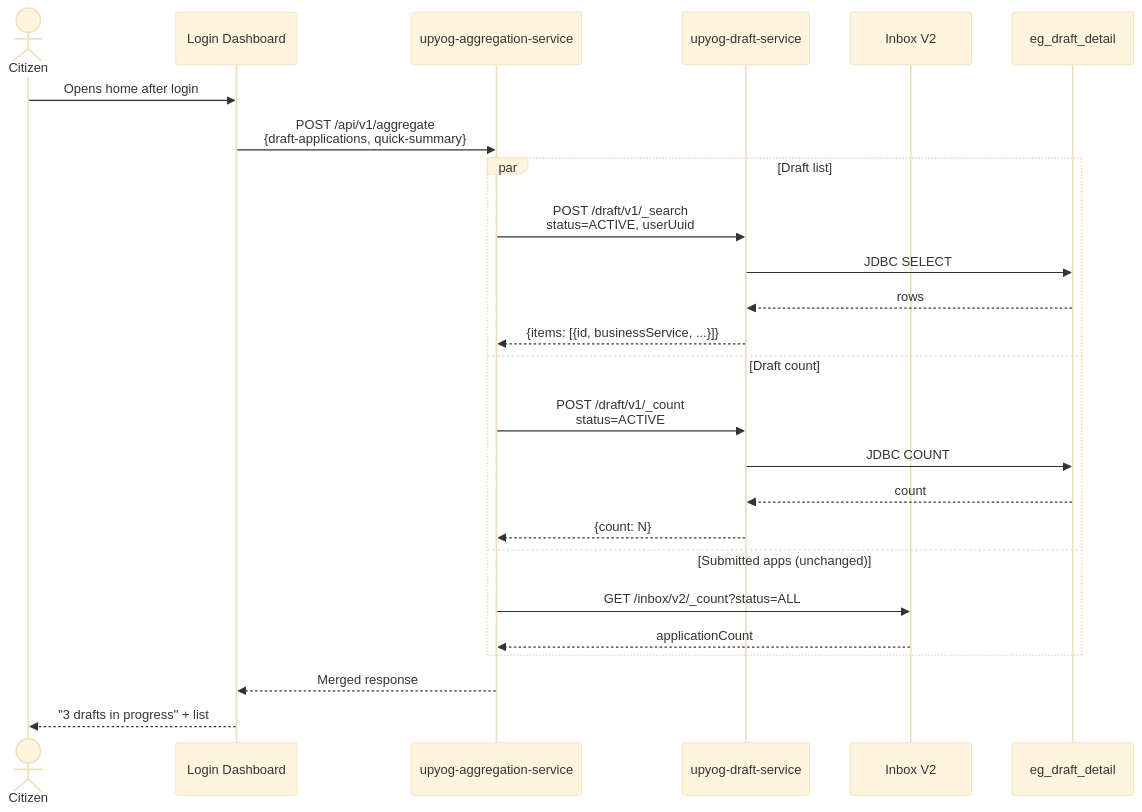
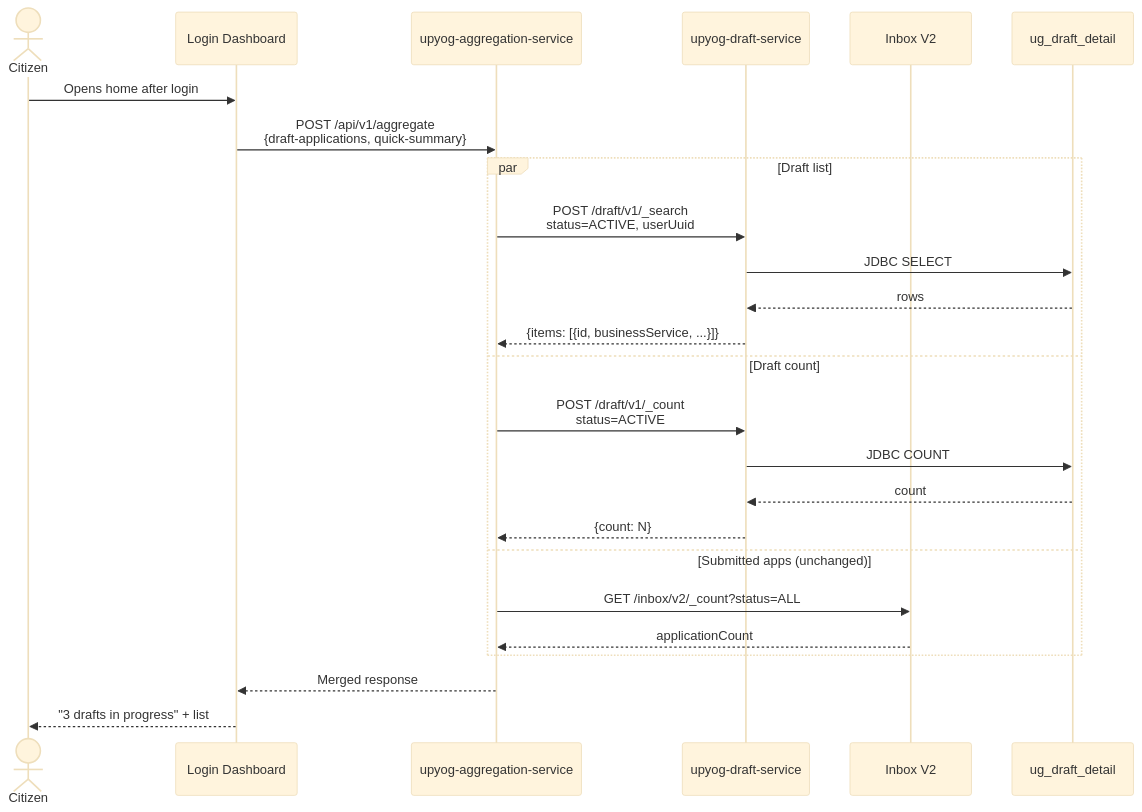
Before and after one commit to upyog/UPYOG: the sixth of 12 diagrams in core-services/upyog-draft-service/ARCHITECTURE.md, drawn with Mermaid (base theme). The commit also changed other lines of this file and 3 other files, not shown here.

Commit message:
updating table from eg_draft_detail to ug_draft_detail

````diff
--- a/core-services/upyog-draft-service/ARCHITECTURE.md
+++ b/core-services/upyog-draft-service/ARCHITECTURE.md
@@ -255,30 +255,30 @@
 ```mermaid
 sequenceDiagram
     actor Citizen
     participant UI as Login Dashboard
     participant BFF as upyog-aggregation-service
     participant Draft as upyog-draft-service
     participant Inbox as Inbox V2
-    participant DB as eg_draft_detail
+    participant DB as ug_draft_detail
 
     Citizen->>UI: Opens home after login
     UI->>BFF: POST /api/v1/aggregate<br/>{draft-applications, quick-summary}
 
     par Draft list
         BFF->>Draft: POST /draft/v1/_search<br/>status=ACTIVE, userUuid
         Draft->>DB: JDBC SELECT
         DB-->>Draft: rows
         Draft-->>BFF: {items: [{id, businessService, ...}]}
     and Draft count
         BFF->>Draft: POST /draft/v1/_count<br/>status=ACTIVE
         Draft->>DB: JDBC COUNT
         DB-->>Draft: count
         Draft-->>BFF: {count: N}
     and Submitted apps (unchanged)
         BFF->>Inbox: GET /inbox/v2/_count?status=ALL
         Inbox-->>BFF: applicationCount
     end
 
     BFF-->>UI: Merged response
     UI-->>Citizen: "3 drafts in progress" + list
 ```
````
